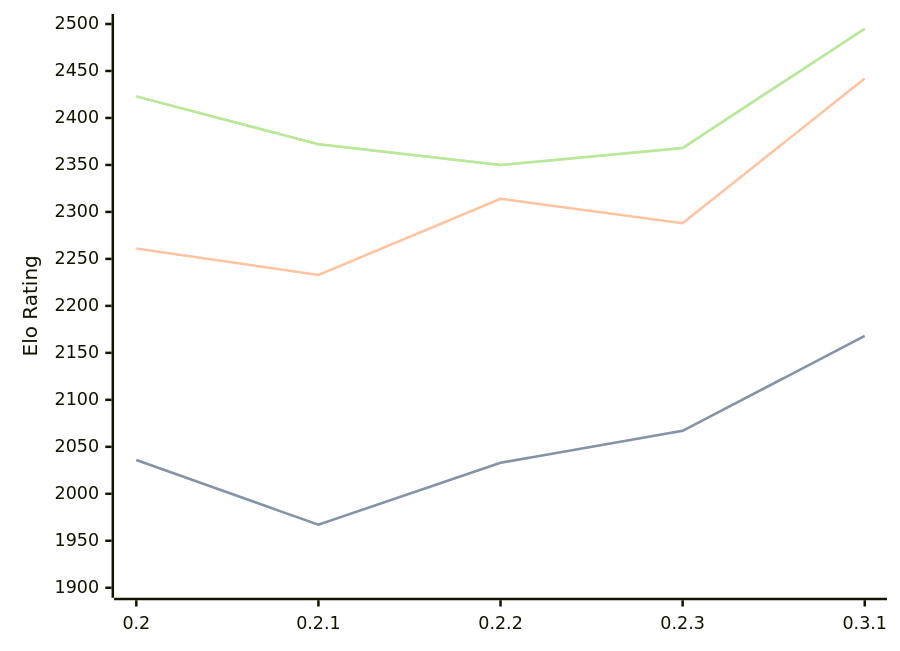
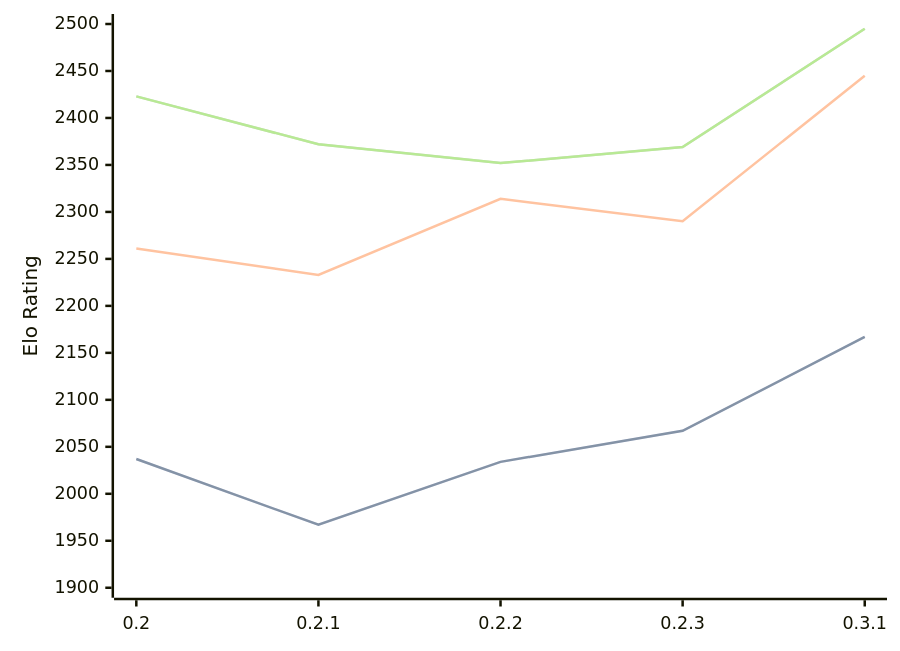
Before and after one commit to computer-chess-index/cci: the diagram in engines/Lolbot.md, drawn with Mermaid. The commit also changed other lines of this file, not shown here.

Commit message:
Update CCI Ratings (ELO VLTC) - 2026-05-17

````diff
--- a/engines/Lolbot.md
+++ b/engines/Lolbot.md
@@ -36,11 +36,11 @@
 ```mermaid
 %%{init: {"theme":"base","themeVariables":{"seriesColors:['#a3a3a3','#222221','#faa371']}}}%%
 xychart-beta
   x-axis ["0.2", "0.2.1", "0.2.2", "0.2.3", "0.3.1"]
   y-axis "Elo Rating" 1900 --> 2500
-  line "STC (8.0+0.08s)" [2036, 1967, 2033, 2067, 2168]
-  line "STC (8.0+0.08s)" [2036, 1967, 2033, 2067, 2168]
-  line "LTC (60.0+0.60s)" [2261, 2233, 2314, 2288, 2442]
-  line "VLTC (2m24s+1.12s)" [2423, 2372, 2350, 2368, 2495]
-  line "VLTC (2m24s+1.12s)" [2423, 2372, 2350, 2368, 2495]
+  line "STC (8.0+0.08s)" [2037, 1967, 2034, 2067, 2167]
+  line "STC (8.0+0.08s)" [2037, 1967, 2034, 2067, 2167]
+  line "LTC (60.0+0.60s)" [2261, 2233, 2314, 2290, 2445]
+  line "VLTC (2m24s+1.12s)" [2423, 2372, 2352, 2369, 2495]
+  line "VLTC (2m24s+1.12s)" [2423, 2372, 2352, 2369, 2495]
 ```
````
